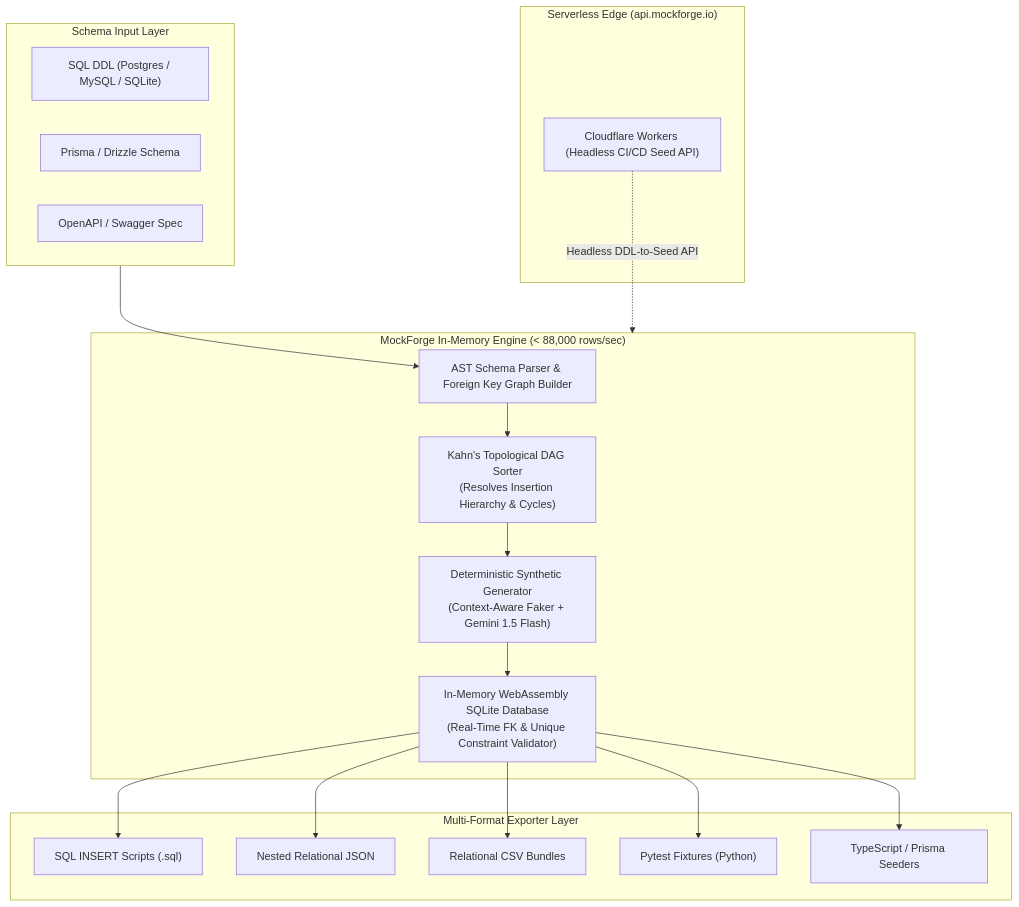
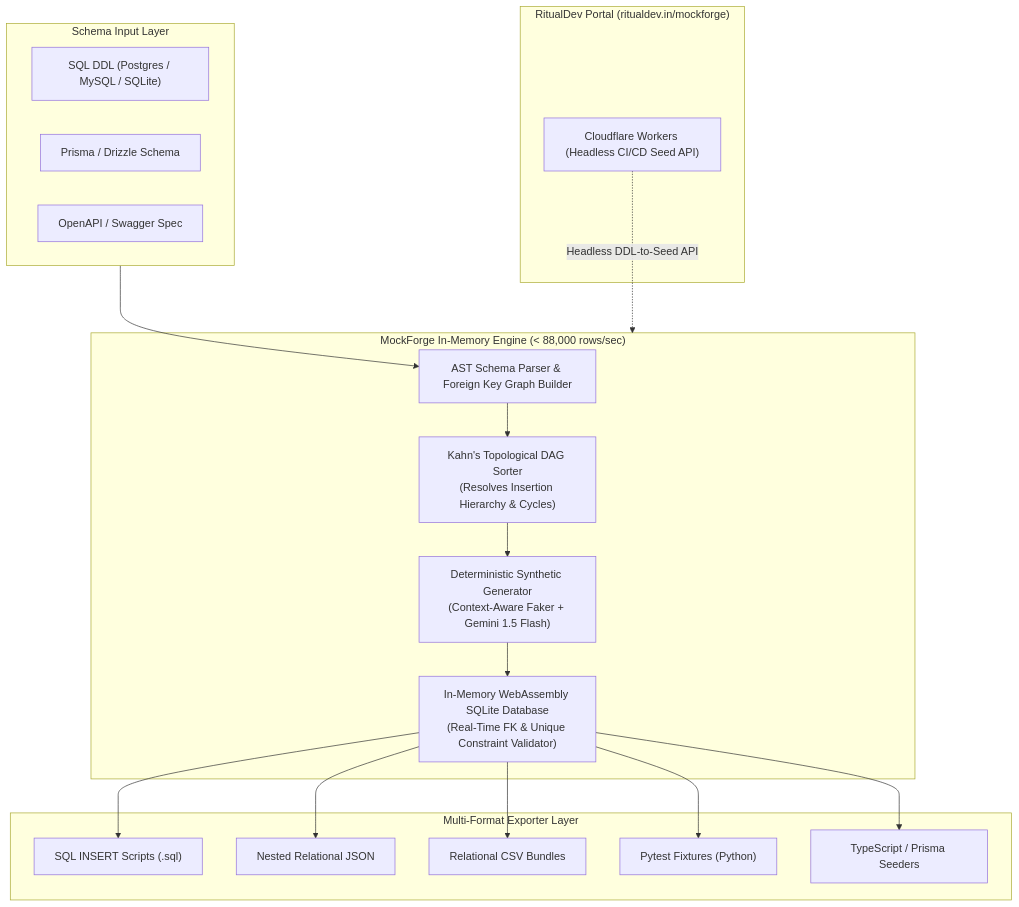
The diagram in README.md (RitualDev-Lab/MockForge), drawn with Mermaid before and after one commit. The commit also changed other lines of this file and 1 other file, not shown here.

Commit message:
docs(readme): fix canonical portal links, PyPI name, and add CHANGELOG (#7)

````diff
--- a/README.md
+++ b/README.md
@@ -37,34 +37,34 @@
 ```mermaid
 flowchart TD
     subgraph Inputs["Schema Input Layer"]
         DDL["SQL DDL (Postgres / MySQL / SQLite)"]
         Prisma["Prisma / Drizzle Schema"]
         OpenAPI["OpenAPI / Swagger Spec"]
     end
 
     subgraph CoreEngine["MockForge In-Memory Engine (< 88,000 rows/sec)"]
         Parser["AST Schema Parser & Foreign Key Graph Builder"]
         DAGSorter["Kahn's Topological DAG Sorter\n(Resolves Insertion Hierarchy & Cycles)"]
         Generator["Deterministic Synthetic Generator\n(Context-Aware Faker + Gemini 1.5 Flash)"]
         WASMDB["In-Memory WebAssembly SQLite Database\n(Real-Time FK & Unique Constraint Validator)"]
     end
 
     subgraph Exporters["Multi-Format Exporter Layer"]
         SQLExp["SQL INSERT Scripts (.sql)"]
         JSONExp["Nested Relational JSON"]
         CSVExp["Relational CSV Bundles"]
         PyExp["Pytest Fixtures (Python)"]
         TSExp["TypeScript / Prisma Seeders"]
     end
 
-    subgraph ZeroCostEdge["Serverless Edge (api.mockforge.io)"]
+    subgraph ZeroCostEdge["RitualDev Portal (ritualdev.in/mockforge)"]
         CFWorkers["Cloudflare Workers (Headless CI/CD Seed API)"]
     end
 
     Inputs --> Parser
     Parser --> DAGSorter
     DAGSorter --> Generator
     Generator --> WASMDB
     WASMDB --> SQLExp & JSONExp & CSVExp & PyExp & TSExp
     CFWorkers -.->|Headless DDL-to-Seed API| CoreEngine
 ```
````
